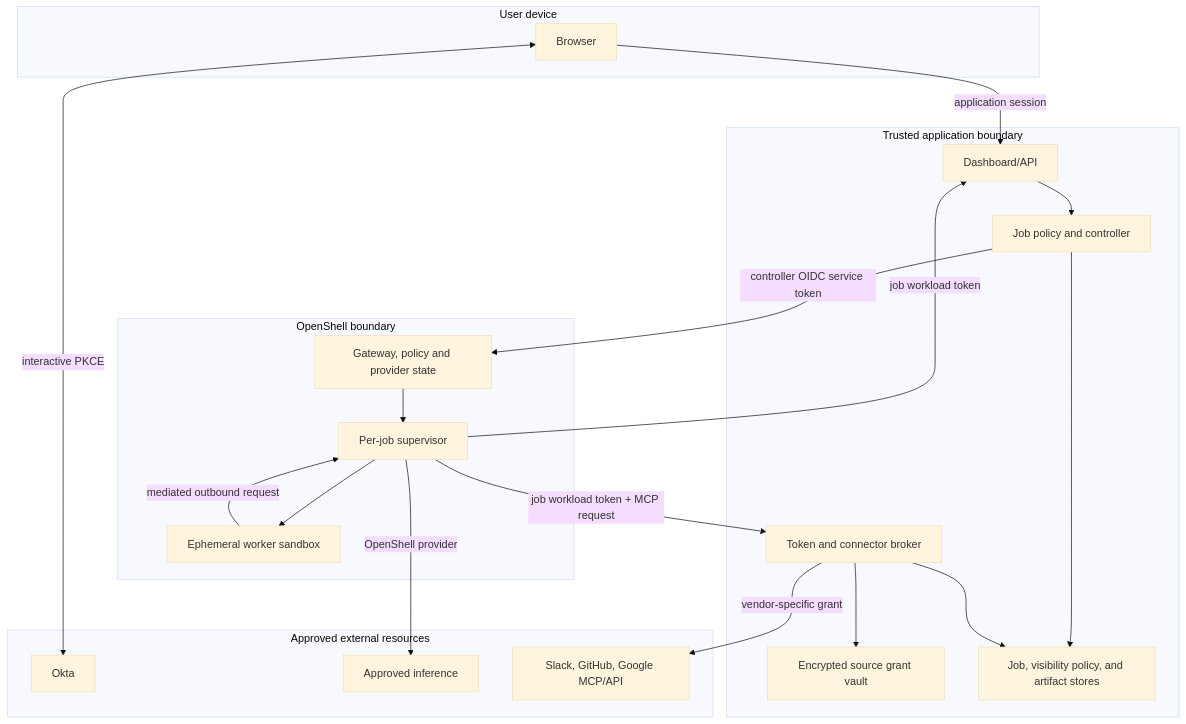
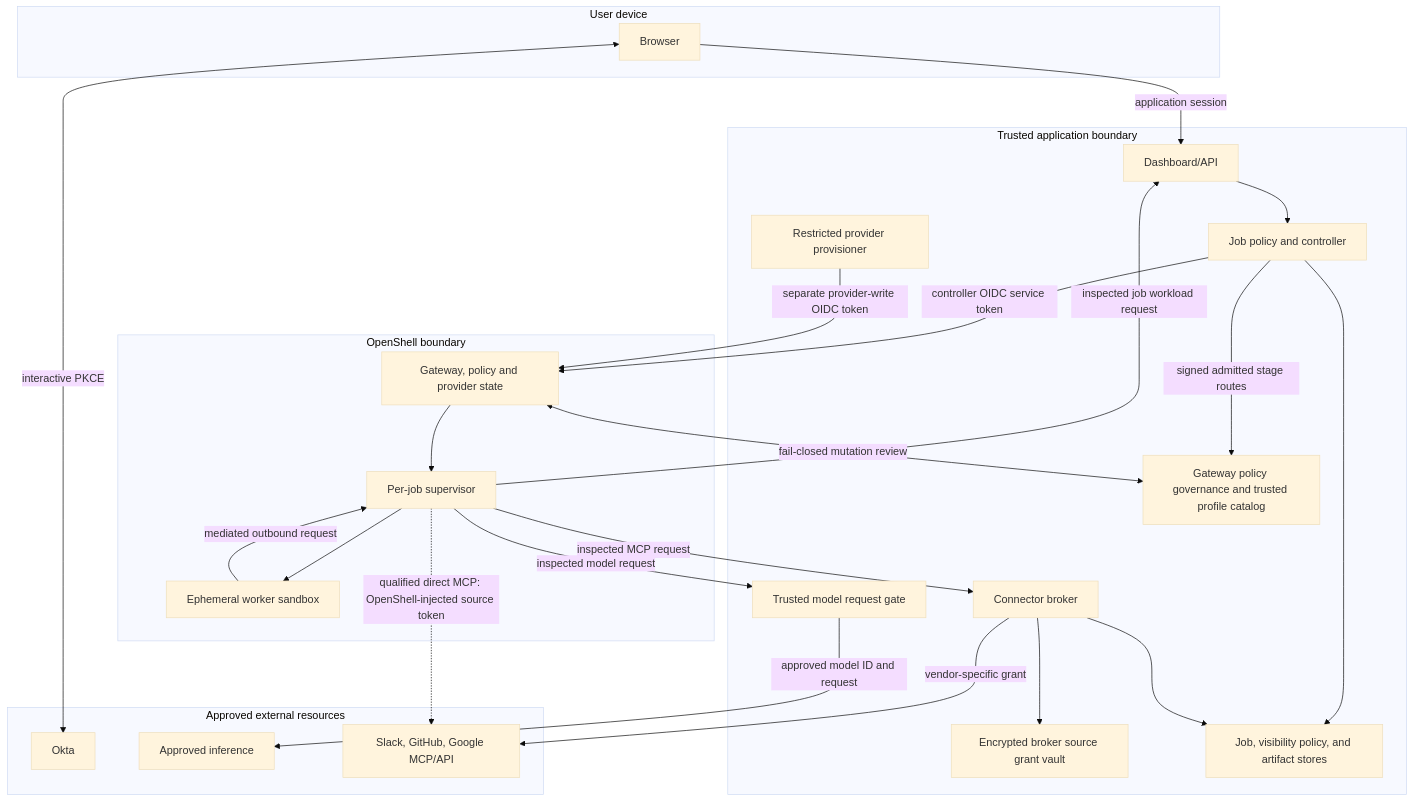
The second of 15 diagrams in docs/architecture.md (gvaibhav/openshell-deep-research-platform), drawn with Mermaid (base theme) before and after one commit. The commit also changed other lines of this file and 48 other files, not shown here.

````diff
--- a/docs/architecture.md
+++ b/docs/architecture.md
@@ -71,38 +79,46 @@
 ```mermaid
 flowchart TB
     subgraph Z1["User device"]
         BR["Browser"]
     end
     subgraph Z2["Trusted application boundary"]
         UI["Dashboard/API"]
         JP["Job policy and controller"]
-        TB["Token and connector broker"]
-        VA["Encrypted source grant vault"]
+        PR["Restricted provider provisioner"]
+        TB["Connector broker"]
+        MG["Trusted model request gate"]
+        EG["Gateway policy governance and trusted profile catalog"]
+        VA["Encrypted broker source grant vault"]
         DB["Job, visibility policy, and artifact stores"]
     end
     subgraph Z3["OpenShell boundary"]
         GW["Gateway, policy and provider state"]
         SP["Per-job supervisor"]
         SB["Ephemeral worker sandbox"]
     end
     subgraph Z4["Approved external resources"]
         IDP["Okta"]
         MODEL["Approved inference"]
         VENDOR["Slack, GitHub, Google MCP/API"]
     end
 
     BR <-->|"interactive PKCE"| IDP
     BR -->|"application session"| UI
     UI --> JP
     JP --> DB
     JP -->|"controller OIDC service token"| GW
+    PR -->|"separate provider-write OIDC token"| GW
     GW --> SP
     SP --> SB
     SB -->|"mediated outbound request"| SP
-    SP -->|"job workload token"| UI
-    SP -->|"job workload token + MCP request"| TB
-    SP -->|"OpenShell provider"| MODEL
+    JP -->|"signed admitted stage routes"| EG
+    GW <-->|"fail-closed mutation review"| EG
+    SP -->|"inspected job workload request"| UI
+    SP -->|"inspected MCP request"| TB
+    SP -->|"inspected model request"| MG
+    MG -->|"approved model ID and request"| MODEL
+    SP -.->|"qualified direct MCP: OpenShell-injected source token"| VENDOR
     TB --> VA
     TB -->|"vendor-specific grant"| VENDOR
     TB --> DB
 ```
````
